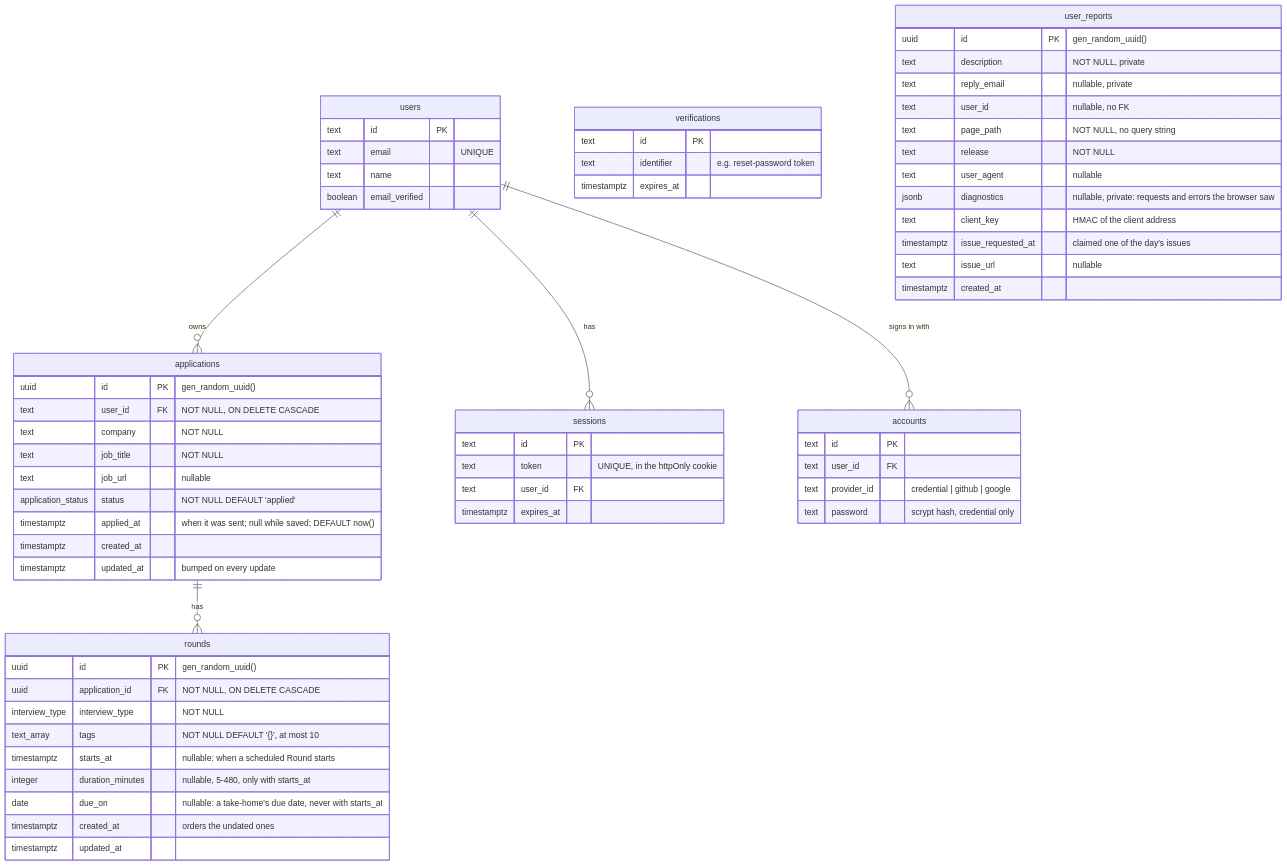
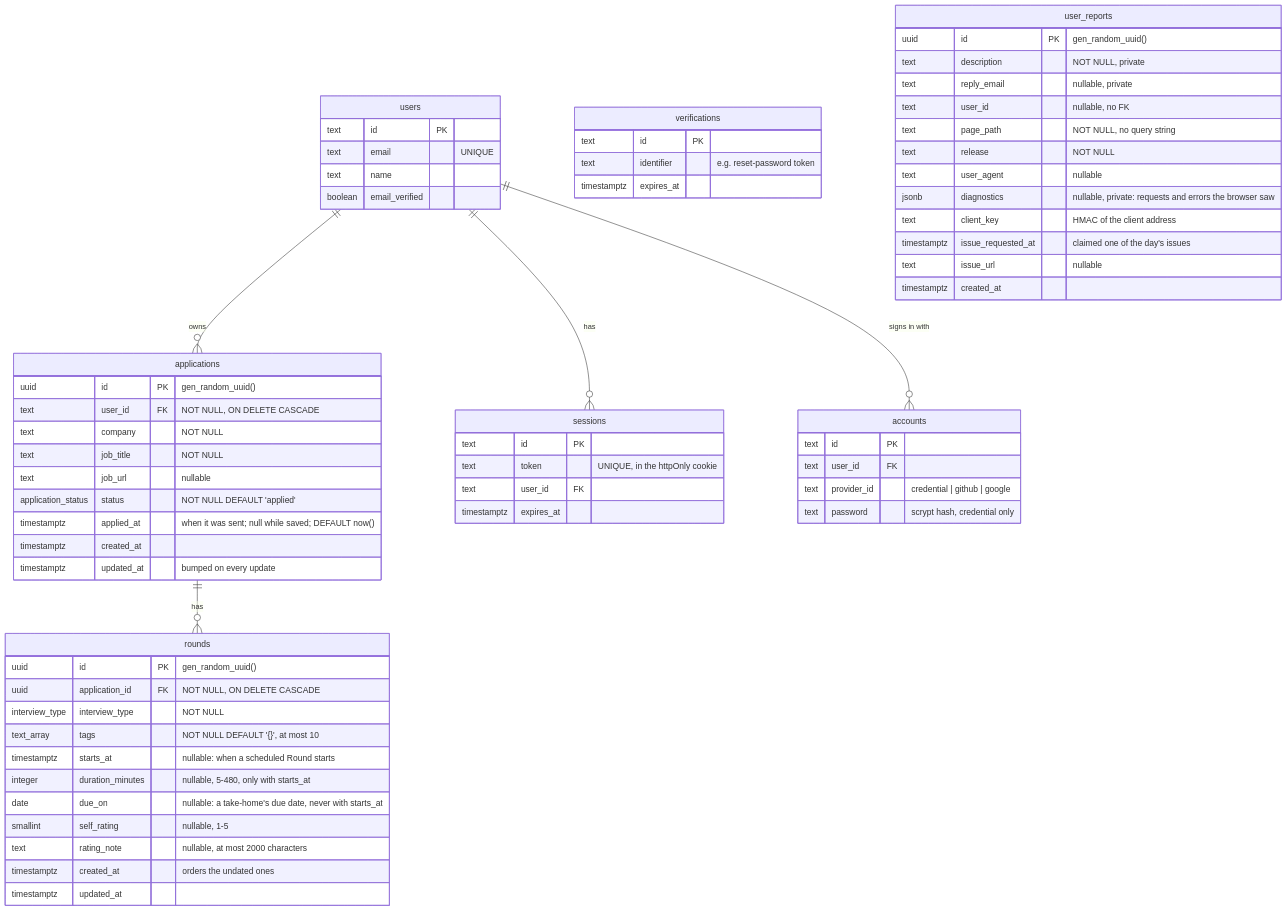
Before and after one commit to brianpatterson/roundtable: the third of 8 diagrams in docs/architecture.md, drawn with Mermaid. The commit also changed other lines of this file and 3 other files, not shown here.

Commit message:
docs: Self-rating on Rounds (ADR-0056), glossary and architecture

````diff
--- a/docs/architecture.md
+++ b/docs/architecture.md
@@ -207,66 +209,68 @@
 ```mermaid
 erDiagram
   users ||--o{ applications : owns
   applications ||--o{ rounds : has
   users ||--o{ sessions : has
   users ||--o{ accounts : "signs in with"
   users {
     text id PK
     text email "UNIQUE"
     text name
     boolean email_verified
   }
   sessions {
     text id PK
     text token "UNIQUE, in the httpOnly cookie"
     text user_id FK
     timestamptz expires_at
   }
   accounts {
     text id PK
     text user_id FK
     text provider_id "credential | github | google"
     text password "scrypt hash, credential only"
   }
   verifications {
     text id PK
     text identifier "e.g. reset-password token"
     timestamptz expires_at
   }
   applications {
     uuid id PK "gen_random_uuid()"
     text user_id FK "NOT NULL, ON DELETE CASCADE"
     text company "NOT NULL"
     text job_title "NOT NULL"
     text job_url "nullable"
     application_status status "NOT NULL DEFAULT 'applied'"
     timestamptz applied_at "when it was sent; null while saved; DEFAULT now()"
     timestamptz created_at
     timestamptz updated_at "bumped on every update"
   }
   rounds {
     uuid id PK "gen_random_uuid()"
     uuid application_id FK "NOT NULL, ON DELETE CASCADE"
     interview_type interview_type "NOT NULL"
     text_array tags "NOT NULL DEFAULT '{}', at most 10"
     timestamptz starts_at "nullable: when a scheduled Round starts"
     integer duration_minutes "nullable, 5-480, only with starts_at"
     date due_on "nullable: a take-home's due date, never with starts_at"
+    smallint self_rating "nullable, 1-5"
+    text rating_note "nullable, at most 2000 characters"
     timestamptz created_at "orders the undated ones"
     timestamptz updated_at
   }
   user_reports {
     uuid id PK "gen_random_uuid()"
     text description "NOT NULL, private"
     text reply_email "nullable, private"
     text user_id "nullable, no FK"
     text page_path "NOT NULL, no query string"
     text release "NOT NULL"
     text user_agent "nullable"
     jsonb diagnostics "nullable, private: requests and errors the browser saw"
     text client_key "HMAC of the client address"
     timestamptz issue_requested_at "claimed one of the day's issues"
     text issue_url "nullable"
     timestamptz created_at
   }
 ```
````
